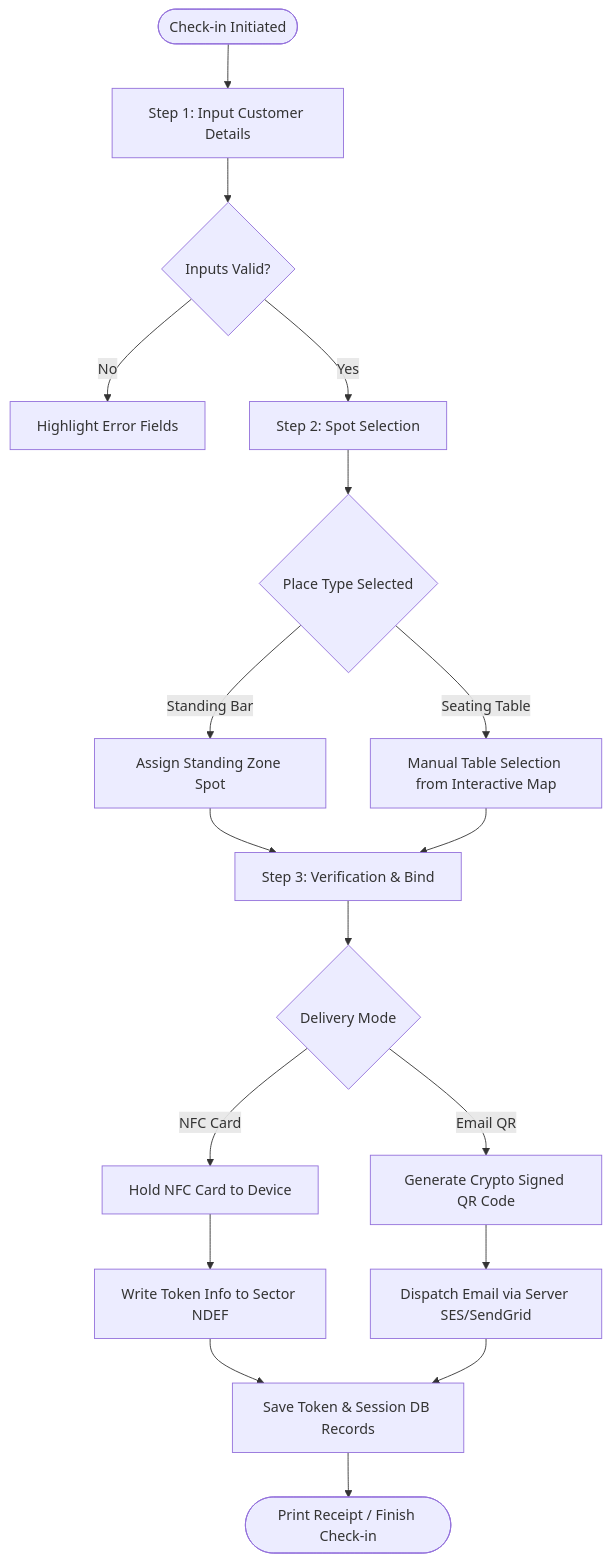
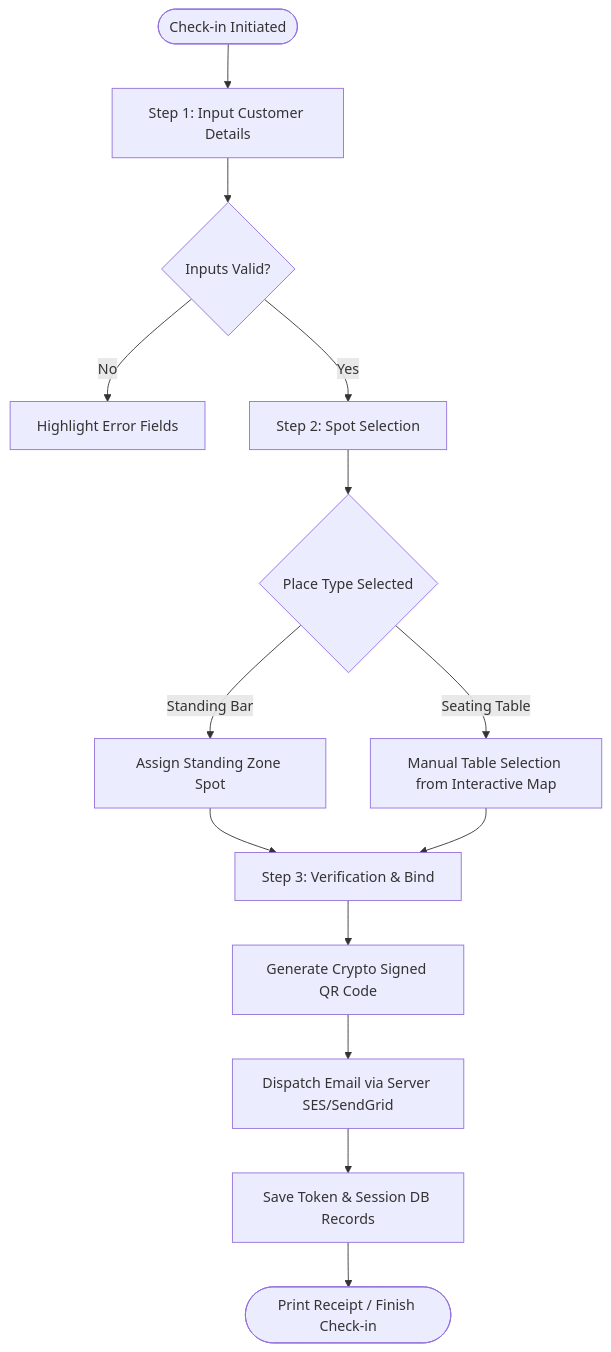
Before and after one commit to divyanscloudshiftsolutions/F-B-Registration: the third of 8 diagrams in End_to_End_Technical_Documentation.md, drawn with Mermaid. The commit also changed other lines of this file and 70 other files, not shown here.

````diff
--- a/End_to_End_Technical_Documentation.md
+++ b/End_to_End_Technical_Documentation.md
@@ -122,25 +121,20 @@
 ```mermaid
 flowchart TD
     Start([Check-in Initiated]) --> Step1[Step 1: Input Customer Details]
     Step1 --> ValidateForm{Inputs Valid?}
     ValidateForm -- No --> ShowErr[Highlight Error Fields]
     ValidateForm -- Yes --> Step2[Step 2: Spot Selection]
     
     Step2 --> ChoosePlace{Place Type Selected}
     ChoosePlace -- Standing Bar --> AutoAllocate[Assign Standing Zone Spot]
     ChoosePlace -- Seating Table --> MapSelect[Manual Table Selection from Interactive Map]
     
     AutoAllocate --> Step3[Step 3: Verification & Bind]
     MapSelect --> Step3
     
-    Step3 --> SelectMode{Delivery Mode}
-    SelectMode -- NFC Card --> ScanNfc[Hold NFC Card to Device]
-    ScanNfc --> NdefWrite[Write Token Info to Sector NDEF]
-    NdefWrite --> CreateSession[Save Token & Session DB Records]
-    
-    SelectMode -- Email QR --> EmailGen[Generate Crypto Signed QR Code]
+    Step3 --> EmailGen[Generate Crypto Signed QR Code]
     EmailGen --> SendEmail[Dispatch Email via Server SES/SendGrid]
-    SendEmail --> CreateSession
+    SendEmail --> CreateSession[Save Token & Session DB Records]
     
     CreateSession --> Success([Print Receipt / Finish Check-in])
 ```
````
